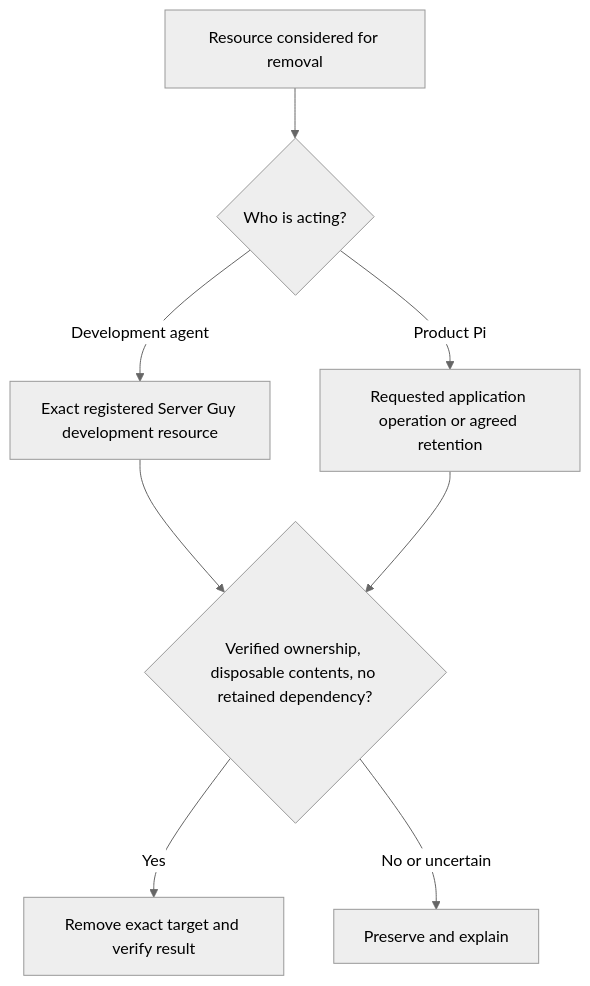
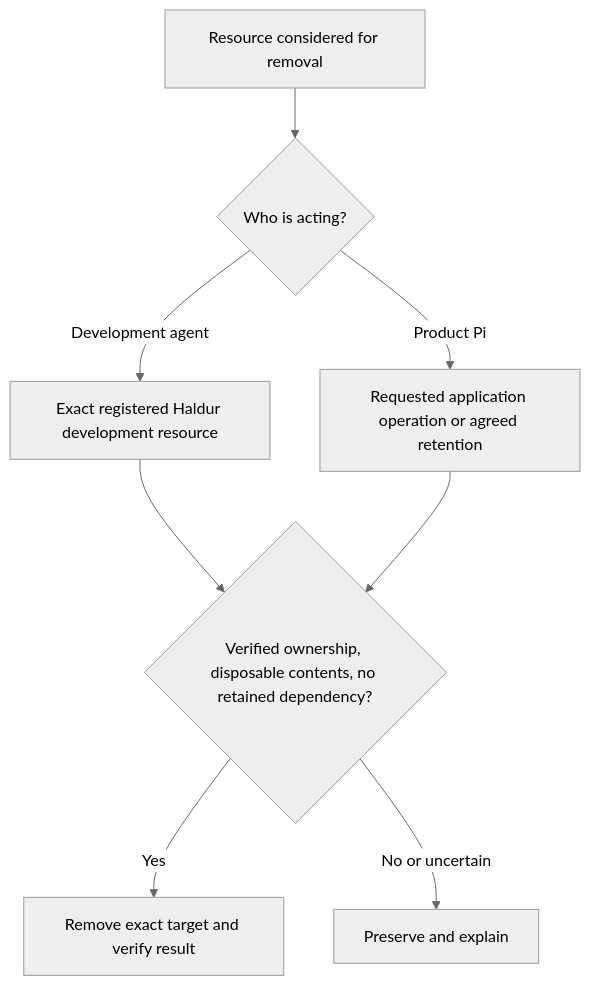
Before and after one commit to lustoykov/hallvi: the diagram in docs/architecture/cleanup-scope.md, drawn with Mermaid (neutral theme). The commit also changed 424 other files, not shown here.

First line of the commit message:
Rename Server Guy to Haldur, keeping existing installations in place (#127)

````diff
--- a/docs/architecture/cleanup-scope.md
+++ b/docs/architecture/cleanup-scope.md
@@ -6,10 +6,10 @@
 ```mermaid
 flowchart TD
     A[Resource considered for removal] --> B{Who is acting?}
-    B -->|Development agent| C[Exact registered Server Guy development resource]
+    B -->|Development agent| C[Exact registered Haldur development resource]
     B -->|Product Pi| D[Requested application operation or agreed retention]
     C --> E{Verified ownership, disposable contents, no retained dependency?}
     D --> E
     E -->|Yes| F[Remove exact target and verify result]
     E -->|No or uncertain| G[Preserve and explain]
 ```
````
